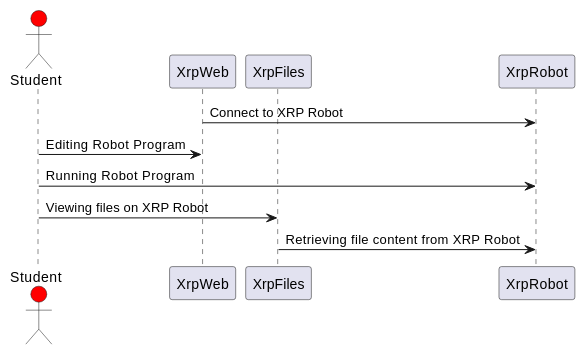
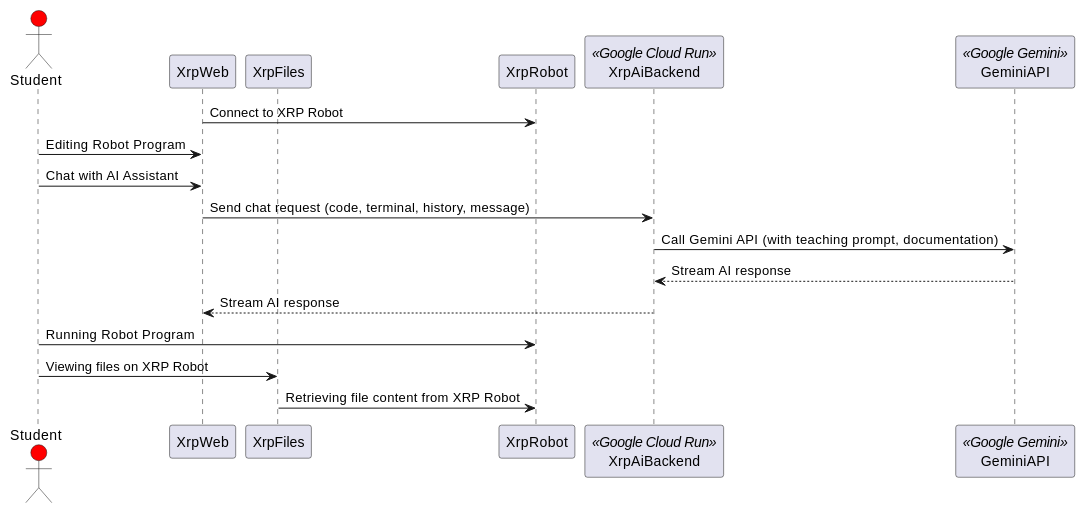
The ninth of 10 diagrams in docs/XRP Software Architecture.md (Open-STEM/XRPWeb), drawn with PlantUML before and after one commit. The commit also changed other lines of this file and 1 other file, not shown here.

````diff
--- a/docs/XRP Software Architecture.md
+++ b/docs/XRP Software Architecture.md
@@ -321,14 +368,21 @@
 ```plantuml
 @startuml
 actor Student #red
 participant XrpWeb
 participant XrpFiles
 participant XrpRobot
+participant XrpAiBackend <<Google Cloud Run>>
+participant GeminiAPI <<Google Gemini>>
 
 XrpWeb->XrpRobot: Connect to XRP Robot
 Student->XrpWeb: Editing Robot Program
+Student->XrpWeb: Chat with AI Assistant
+XrpWeb->XrpAiBackend: Send chat request (code, terminal, history, message)
+XrpAiBackend->GeminiAPI: Call Gemini API (with teaching prompt, documentation)
+GeminiAPI-->XrpAiBackend: Stream AI response
+XrpAiBackend-->XrpWeb: Stream AI response
 Student->XrpRobot: Running Robot Program
 Student->XrpFiles: Viewing files on XRP Robot
 XrpFiles->XrpRobot: Retrieving file content from XRP Robot
 @enduml
 ```
````
